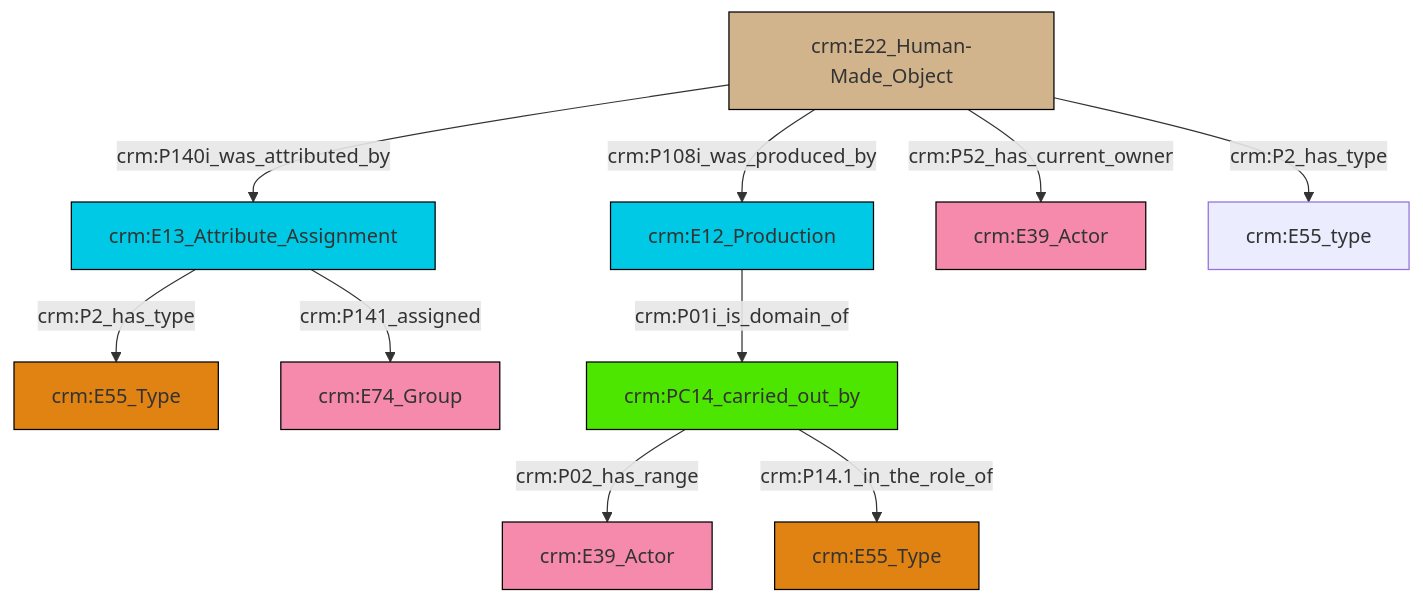
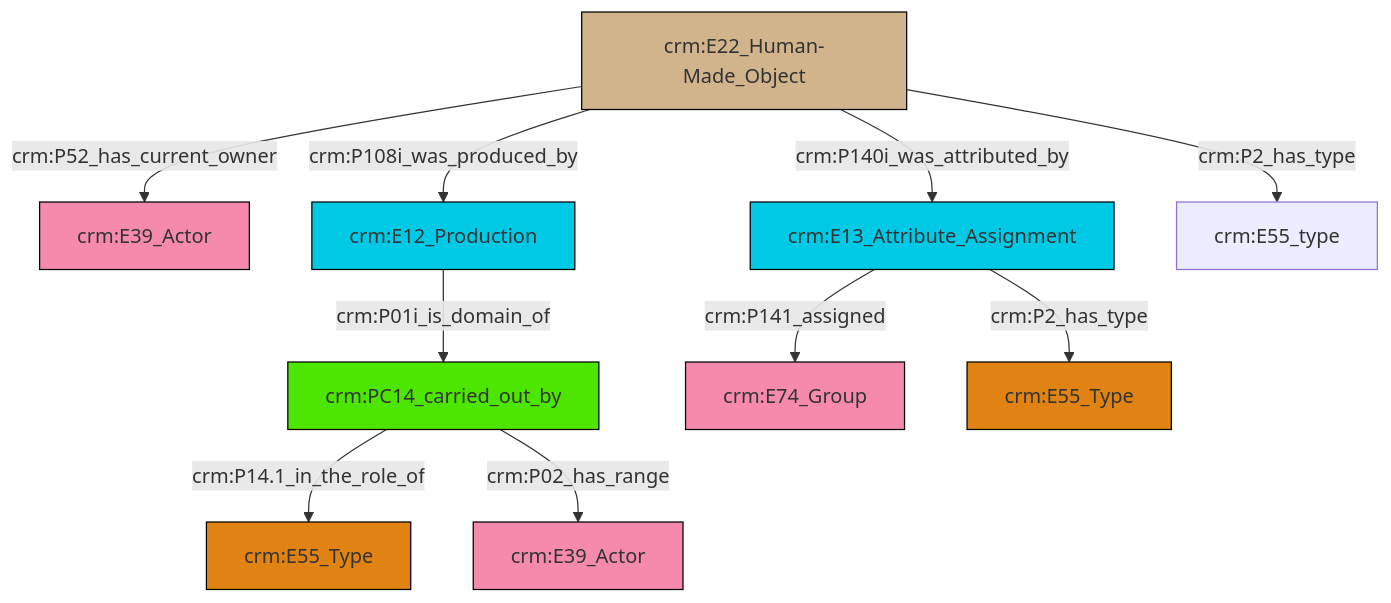
Before and after one commit to swiss-art-research-net/reference-data-models: the diagram in et/builtWorkCSV/ttl/mmd/Built_Work_actor_relations.ttl.mmd, drawn with Mermaid. The commit also changed 124 other files, not shown here.

```diff
--- a/et/builtWorkCSV/ttl/mmd/Built_Work_actor_relations.ttl.mmd
+++ b/et/builtWorkCSV/ttl/mmd/Built_Work_actor_relations.ttl.mmd
@@ -1,24 +1,24 @@
 graph TD
 classDef Literal fill:#f2f2f2,stroke:#000000;
 classDef CRM_Entity fill:#FFFFFF,stroke:#000000;
 classDef Temporal_Entity fill:#00C9E6, stroke:#000000;
 classDef Type fill:#E18312, stroke:#000000;
 classDef Time-Span fill:#2C9C91, stroke:#000000;
 classDef Appellation fill:#FFEB7F, stroke:#000000;
 classDef Place fill:#008836, stroke:#000000;
 classDef Persistent_Item fill:#B266B2, stroke:#000000;
 classDef Conceptual_Object fill:#FFD700, stroke:#000000;
 classDef Physical_Thing fill:#D2B48C, stroke:#000000;
 classDef Actor fill:#f58aad, stroke:#000000;
 classDef PC_Classes fill:#4ce600, stroke:#000000;
 classDef Multi fill:#cccccc,stroke:#000000;
 
-4["crm:E13_Attribute_Assignment"]:::Temporal_Entity -->|crm:P141_assigned| 5["crm:E74_Group"]:::Actor
-6["crm:PC14_carried_out_by"]:::PC_Classes -->|crm:P02_has_range| 7["crm:E39_Actor"]:::Actor
-4["crm:E13_Attribute_Assignment"]:::Temporal_Entity -->|crm:P2_has_type| 2["crm:E55_Type"]:::Type
-10["crm:E22_Human-Made_Object"]:::Physical_Thing -->|crm:P52_has_current_owner| 8["crm:E39_Actor"]:::Actor
-10["crm:E22_Human-Made_Object"]:::Physical_Thing -->|crm:P140i_was_attributed_by| 4["crm:E13_Attribute_Assignment"]:::Temporal_Entity
-6["crm:PC14_carried_out_by"]:::PC_Classes -->|crm:P14.1_in_the_role_of| 11["crm:E55_Type"]:::Type
-10["crm:E22_Human-Made_Object"]:::Physical_Thing -->|crm:P108i_was_produced_by| 0["crm:E12_Production"]:::Temporal_Entity
-10["crm:E22_Human-Made_Object"]:::Physical_Thing -->|crm:P2_has_type| 18["crm:E55_type"]:::Default
-0["crm:E12_Production"]:::Temporal_Entity -->|crm:P01i_is_domain_of| 6["crm:PC14_carried_out_by"]:::PC_Classes
+0["crm:E22_Human-Made_Object"]:::Physical_Thing -->|crm:P52_has_current_owner| 1["crm:E39_Actor"]:::Actor
+8["crm:E13_Attribute_Assignment"]:::Temporal_Entity -->|crm:P141_assigned| 9["crm:E74_Group"]:::Actor
+8["crm:E13_Attribute_Assignment"]:::Temporal_Entity -->|crm:P2_has_type| 11["crm:E55_Type"]:::Type
+0["crm:E22_Human-Made_Object"]:::Physical_Thing -->|crm:P140i_was_attributed_by| 8["crm:E13_Attribute_Assignment"]:::Temporal_Entity
+6["crm:PC14_carried_out_by"]:::PC_Classes -->|crm:P14.1_in_the_role_of| 2["crm:E55_Type"]:::Type
+0["crm:E22_Human-Made_Object"]:::Physical_Thing -->|crm:P2_has_type| 17["crm:E55_type"]:::Default
+6["crm:PC14_carried_out_by"]:::PC_Classes -->|crm:P02_has_range| 15["crm:E39_Actor"]:::Actor
+0["crm:E22_Human-Made_Object"]:::Physical_Thing -->|crm:P108i_was_produced_by| 4["crm:E12_Production"]:::Temporal_Entity
+4["crm:E12_Production"]:::Temporal_Entity -->|crm:P01i_is_domain_of| 6["crm:PC14_carried_out_by"]:::PC_Classes
```
